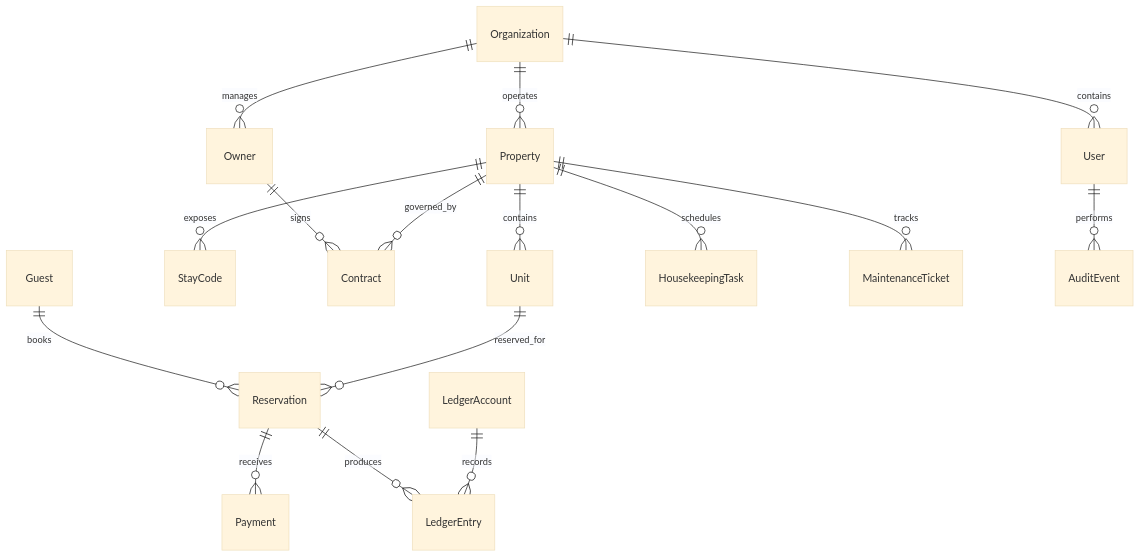
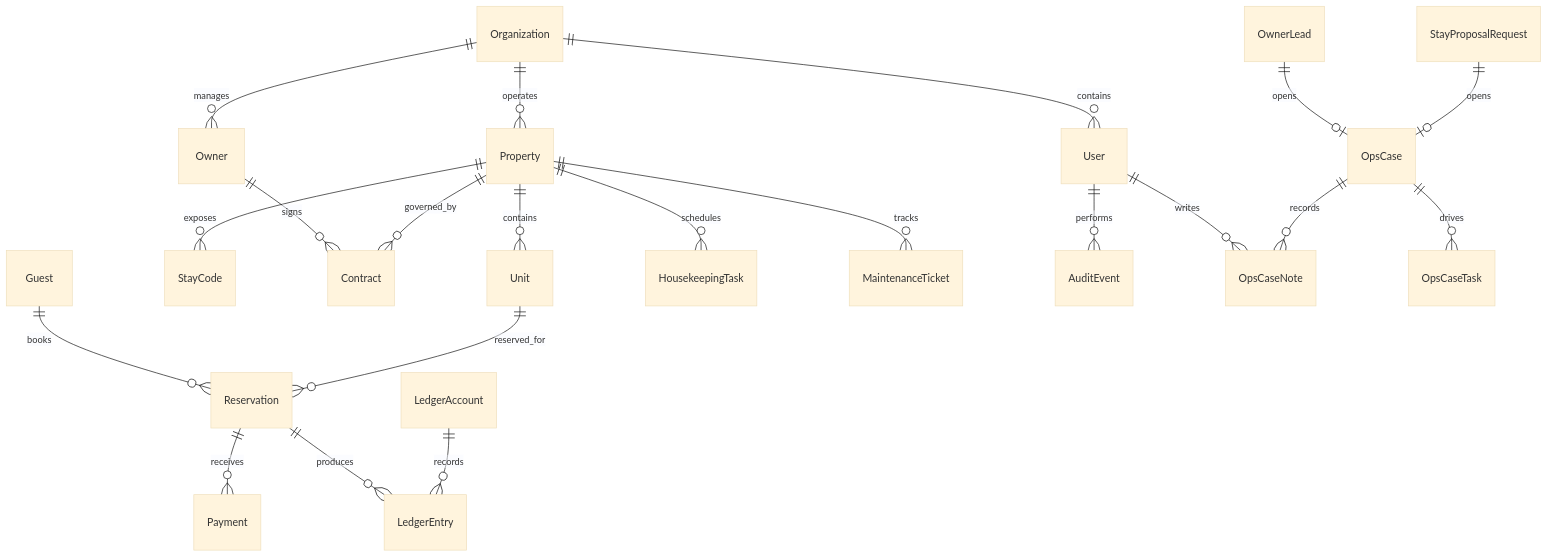
The diagram in docs/data-model/logical-erd.md (josemitchi/kuquba), drawn with Mermaid (base theme) before and after one commit. The commit also changed other lines of this file and 8 other files, not shown here.

Commit message:
feat: add ops case workflow

````diff
--- a/docs/data-model/logical-erd.md
+++ b/docs/data-model/logical-erd.md
@@ -5,18 +5,23 @@
 ```mermaid
 erDiagram
   Organization ||--o{ User : contains
   Organization ||--o{ Property : operates
   Organization ||--o{ Owner : manages
   Property ||--o{ Unit : contains
   Property ||--o{ StayCode : exposes
   Owner ||--o{ Contract : signs
   Property ||--o{ Contract : governed_by
   Guest ||--o{ Reservation : books
   Unit ||--o{ Reservation : reserved_for
   Reservation ||--o{ Payment : receives
   Reservation ||--o{ LedgerEntry : produces
   LedgerAccount ||--o{ LedgerEntry : records
   Property ||--o{ HousekeepingTask : schedules
   Property ||--o{ MaintenanceTicket : tracks
   User ||--o{ AuditEvent : performs
+  User ||--o{ OpsCaseNote : writes
+  OwnerLead ||--o| OpsCase : opens
+  StayProposalRequest ||--o| OpsCase : opens
+  OpsCase ||--o{ OpsCaseNote : records
+  OpsCase ||--o{ OpsCaseTask : drives
 ```
````
